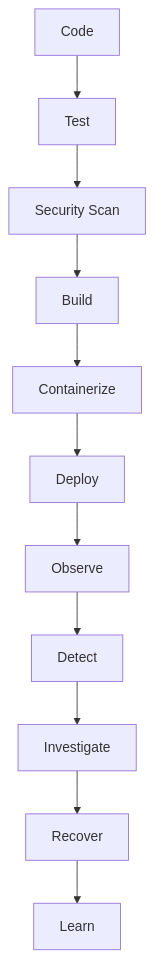
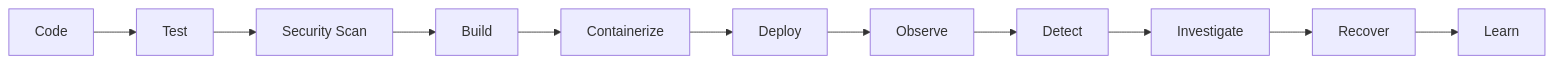
The first of 3 diagrams in README.md (kunal-1207/OpsForge), drawn with Mermaid before and after one commit.

Commit message:
Update fmt.Println message from 'Hello' to 'Goodbye'

````diff
--- a/README.md
+++ b/README.md
@@ -11,13 +11,13 @@
 ```mermaid
-flowchart TB
+flowchart LR
     A[Code] --> B[Test]
     B --> C[Security Scan]
     C --> D[Build]
     D --> E[Containerize]
     E --> F[Deploy]
     F --> G[Observe]
     G --> H[Detect]
     H --> I[Investigate]
     I --> J[Recover]
     J --> K[Learn]
 ```
````
